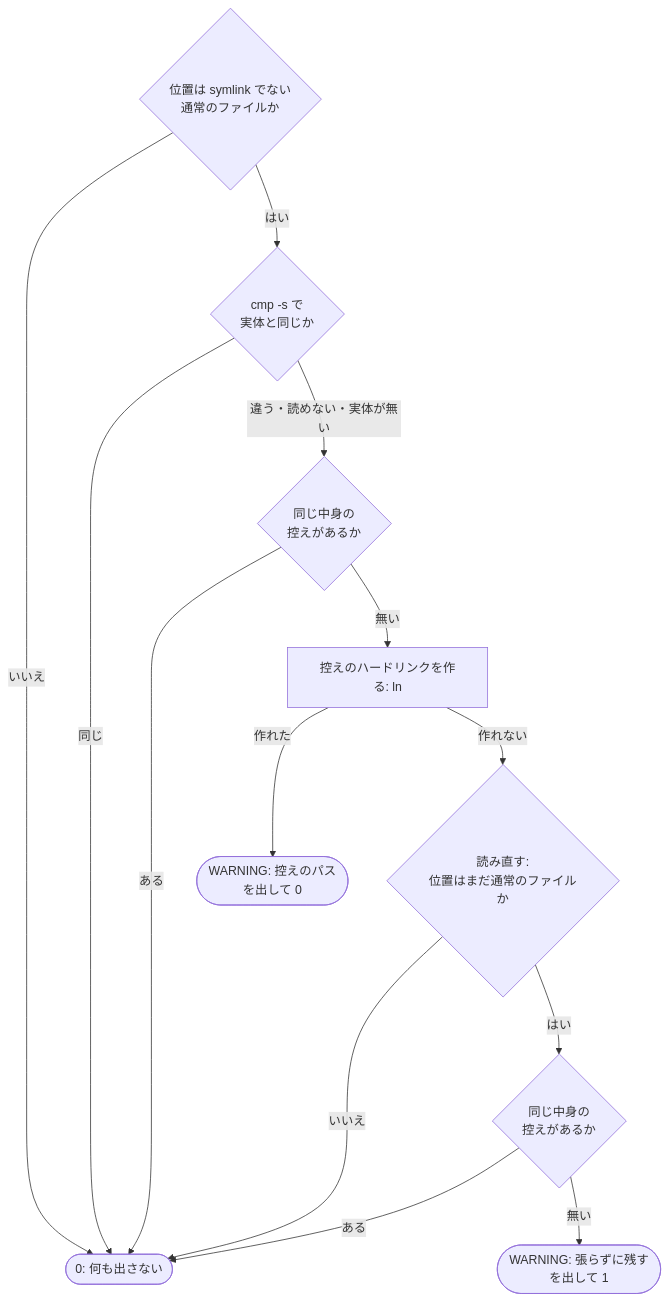
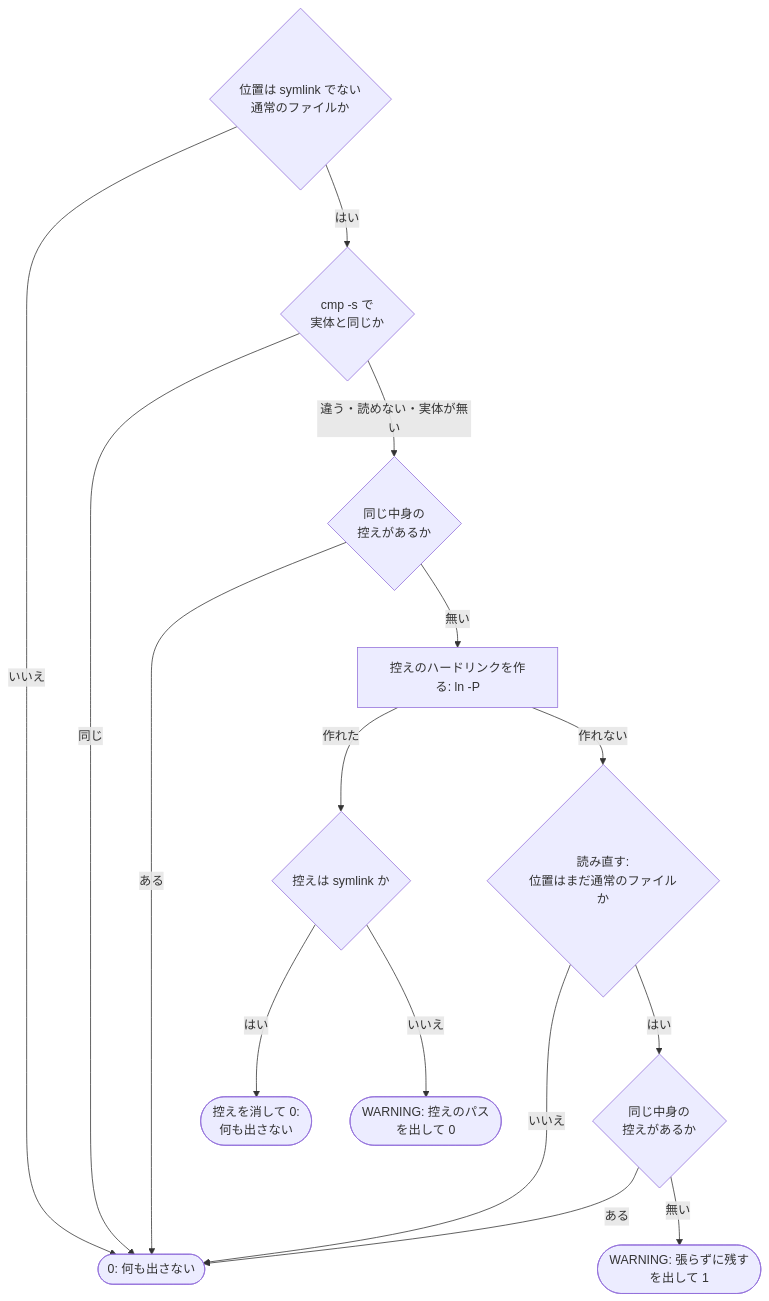
One commit to devbasex/devbase changed the fifth of 6 diagrams in docs/specifications/container-link-stage.md. Above: the diagram before and after it, drawn with Mermaid. The commit also changed other lines of this file and 2 other files, not shown here.

````diff
--- a/docs/specifications/container-link-stage.md
+++ b/docs/specifications/container-link-stage.md
@@ -196,15 +197,17 @@
 ```mermaid
 graph TD
     P{位置は symlink でない<br/>通常のファイルか} -->|いいえ| Z0([0: 何も出さない])
     P -->|はい| C{cmp -s で<br/>実体と同じか}
     C -->|同じ| Z0
     C -->|違う・読めない・実体が無い| D{同じ中身の<br/>控えがあるか}
     D -->|ある| Z0
-    D -->|無い| H[控えのハードリンクを作る: ln]
-    H -->|作れた| W([WARNING: 控えのパス<br/>を出して 0])
+    D -->|無い| H[控えのハードリンクを作る: ln -P]
+    H -->|作れた| L{控えは symlink か}
+    L -->|はい| RM([控えを消して 0:<br/>何も出さない])
+    L -->|いいえ| W([WARNING: 控えのパス<br/>を出して 0])
     H -->|作れない| R{読み直す:<br/>位置はまだ通常のファイルか}
     R -->|いいえ| Z0
     R -->|はい| D2{同じ中身の<br/>控えがあるか}
     D2 -->|ある| Z0
     D2 -->|無い| N([WARNING: 張らずに残す<br/>を出して 1])
 ```
````
